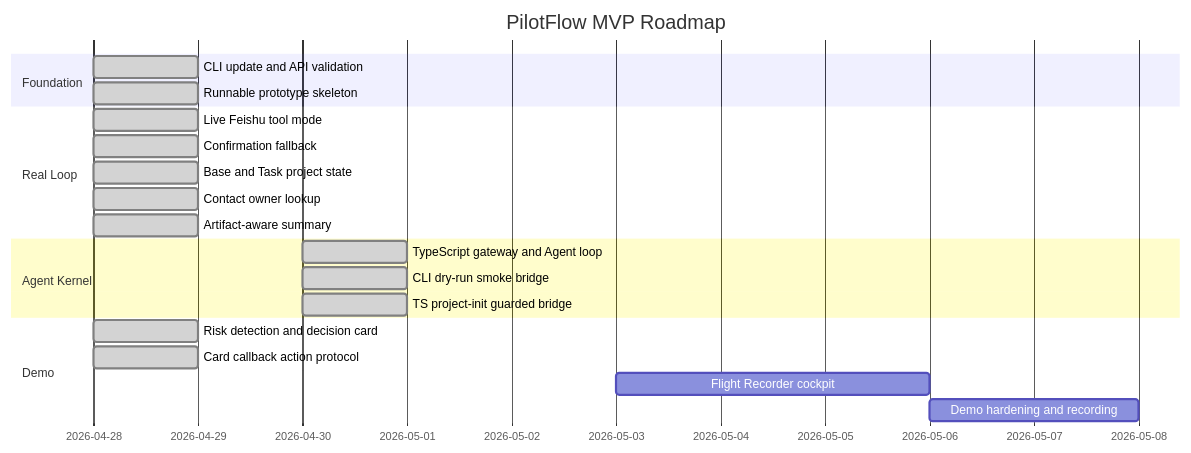
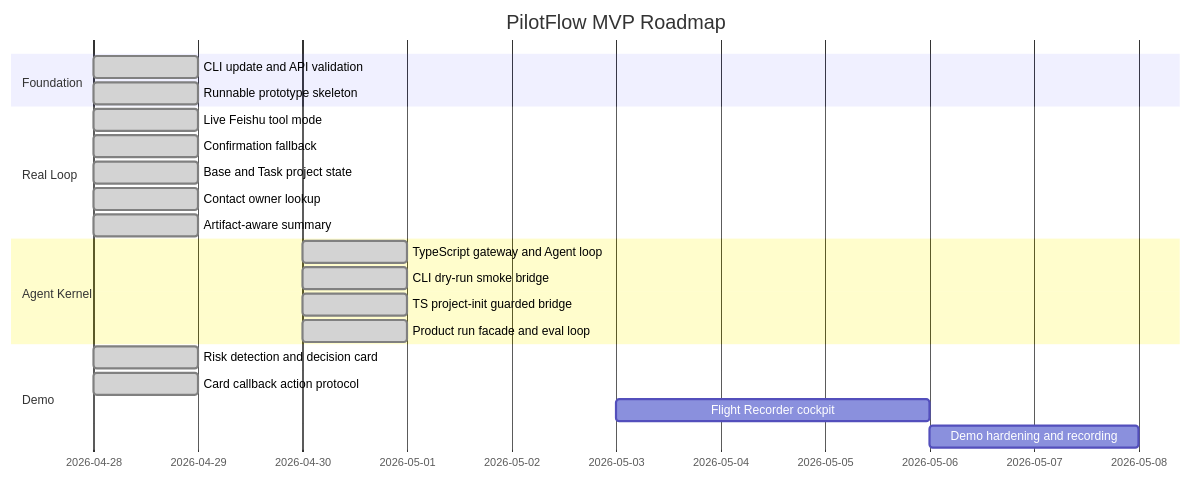
The fourth of 4 diagrams in README.md (DeliciousBuding/pilot-flow), drawn with Mermaid before and after one commit. The commit also changed other lines of this file and 19 other files, not shown here.

Commit message:
feat: add product run and eval loop

````diff
--- a/README.md
+++ b/README.md
@@ -255,23 +258,24 @@
 ```mermaid
 gantt
     title PilotFlow MVP Roadmap
     dateFormat  YYYY-MM-DD
     section Foundation
     CLI update and API validation        :done,    a1, 2026-04-28, 1d
     Runnable prototype skeleton          :done,    a2, 2026-04-28, 1d
     section Real Loop
     Live Feishu tool mode                :done,    b1, 2026-04-28, 1d
     Confirmation fallback                :done,    b2, 2026-04-28, 1d
     Base and Task project state          :done,    b3, 2026-04-28, 1d
     Contact owner lookup                 :done,    b4, 2026-04-28, 1d
     Artifact-aware summary               :done,    b5, 2026-04-28, 1d
     section Agent Kernel
     TypeScript gateway and Agent loop    :done,    k1, 2026-04-30, 1d
     CLI dry-run smoke bridge             :done,    k2, 2026-04-30, 1d
     TS project-init guarded bridge        :done,    k3, 2026-04-30, 1d
+    Product run facade and eval loop      :done,    k4, 2026-04-30, 1d
     section Demo
     Risk detection and decision card     :done,    c1, 2026-04-28, 1d
     Card callback action protocol        :done,    c2, 2026-04-28, 1d
     Flight Recorder cockpit              :         c3, 2026-05-03, 3d
     Demo hardening and recording         :         c4, 2026-05-06, 2d
 ```
````
